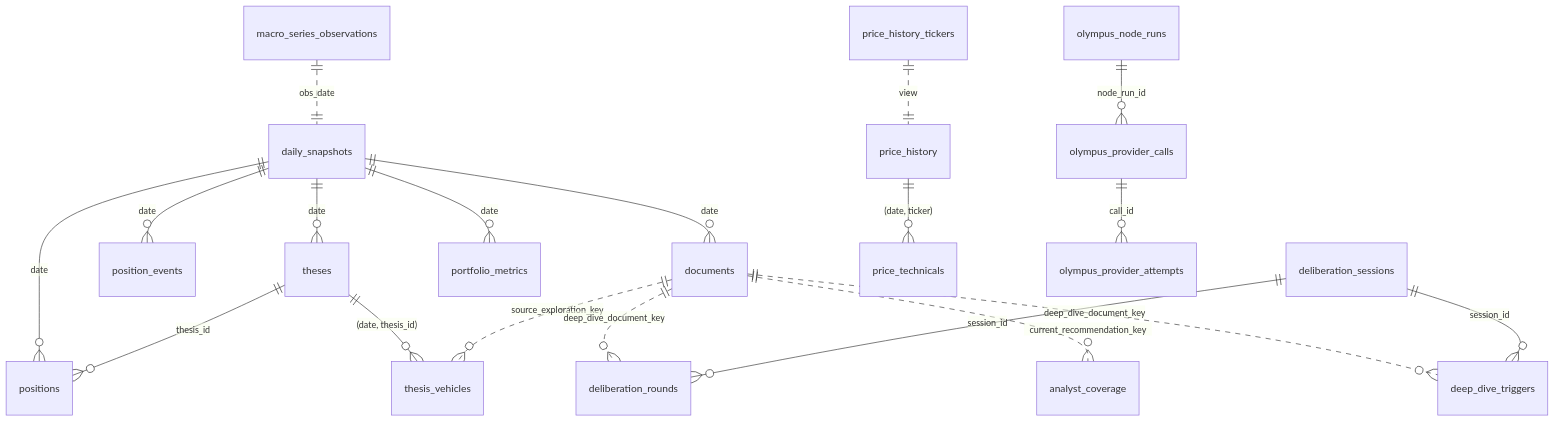
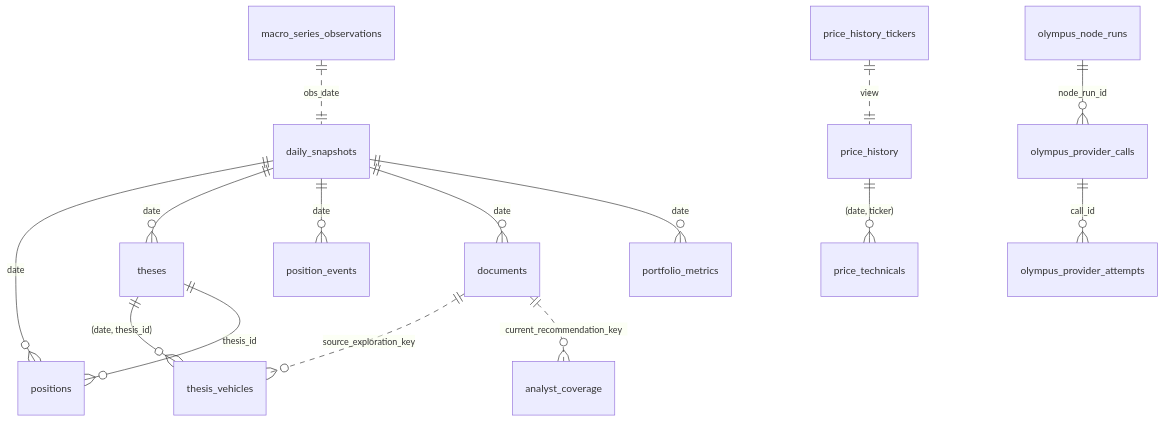
One commit to digithings-ai/digithings changed the diagram in digiquant/supabase/SCHEMA.md. Above: the diagram before and after it, drawn with Mermaid. The commit also changed other lines of this file and 3 other files, not shown here.

````diff
--- a/digiquant/supabase/SCHEMA.md
+++ b/digiquant/supabase/SCHEMA.md
@@ -18,27 +18,22 @@
 ```mermaid
 erDiagram
     daily_snapshots  ||--o{ positions             : "date"
     daily_snapshots  ||--o{ theses                : "date"
     daily_snapshots  ||--o{ position_events       : "date"
     daily_snapshots  ||--o{ documents             : "date"
     daily_snapshots  ||--o{ portfolio_metrics     : "date"
 
     theses           ||--o{ thesis_vehicles       : "(date, thesis_id)"
     theses           ||--o{ positions             : "thesis_id"
 
     documents        ||..o{ thesis_vehicles       : "source_exploration_key"
-    documents        ||..o{ deliberation_rounds   : "deep_dive_document_key"
     documents        ||..o{ analyst_coverage      : "current_recommendation_key"
-    documents        ||..o{ deep_dive_triggers    : "deep_dive_document_key"
-
-    deliberation_sessions ||--o{ deliberation_rounds : "session_id"
-    deliberation_sessions ||--o{ deep_dive_triggers  : "session_id"
 
     price_history        ||--o{ price_technicals : "(date, ticker)"
     price_history_tickers ||..|| price_history   : "view"
 
     macro_series_observations ||..|| daily_snapshots : "obs_date"
 
     olympus_node_runs ||--o{ olympus_provider_calls : "node_run_id"
     olympus_provider_calls ||--o{ olympus_provider_attempts : "call_id"
 ```
````
